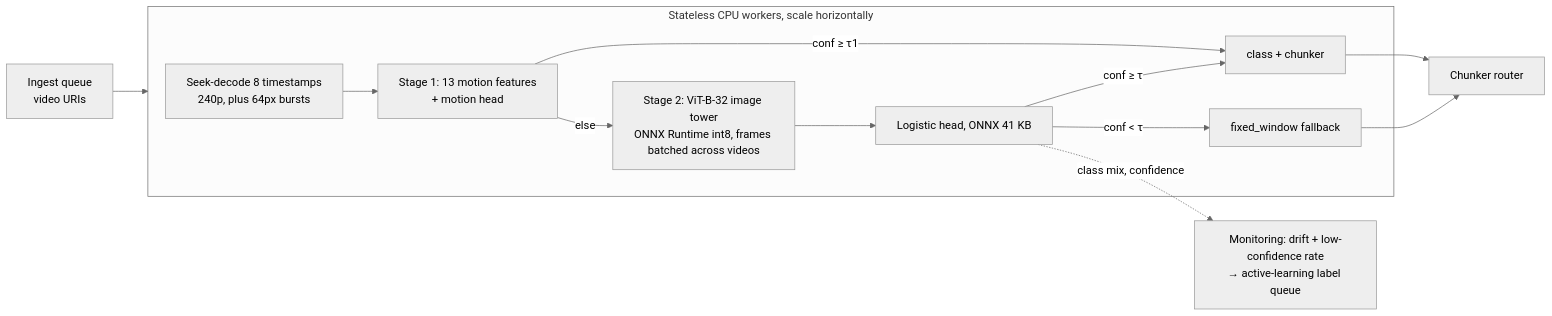
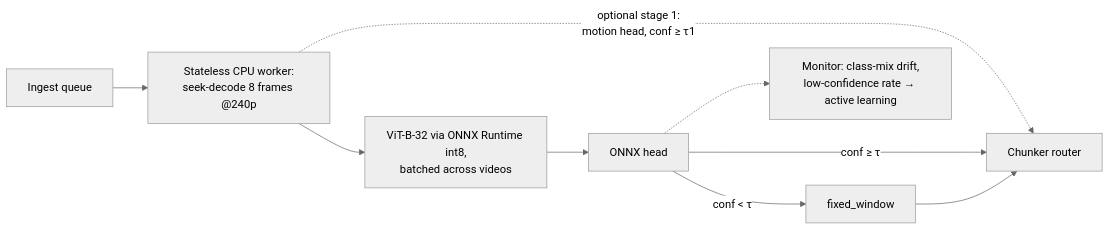
One commit to ain-problem-set/problem-1-1-video-classifier changed the diagram in docs/README.md. Above: the diagram before and after it, drawn with Mermaid (neutral theme). The commit also changed other lines of this file, not shown here.

````diff
--- a/docs/README.md
+++ b/docs/README.md
@@ -114,15 +63,9 @@
 ```mermaid
 flowchart LR
-  Q[Ingest queue<br/>video URIs] --> W
-  subgraph W[Stateless CPU workers, scale horizontally]
-    D[Seek-decode 8 timestamps<br/>240p, plus 64px bursts] --> S1[Stage 1: 13 motion features<br/>+ motion head]
-    S1 -- "conf ≥ τ1" --> OUT
-    S1 -- "else" --> S2[Stage 2: ViT-B-32 image tower<br/>ONNX Runtime int8, frames batched across videos]
-    S2 --> H[Logistic head, ONNX 41 KB]
-    H -- "conf ≥ τ" --> OUT[class + chunker]
-    H -- "conf < τ" --> FB[fixed_window fallback]
-  end
-  OUT --> R[Chunker router]
-  FB --> R
-  H -. class mix, confidence .-> MON[Monitoring: drift + low-confidence rate<br/>→ active-learning label queue]
+  Q[Ingest queue] --> D[Stateless CPU worker:<br/>seek-decode 8 frames @240p]
+  D -. optional stage 1:<br/>motion head, conf ≥ τ1 .-> R
+  D --> E[ViT-B-32 via ONNX Runtime int8,<br/>batched across videos] --> H[ONNX head]
+  H -- conf ≥ τ --> R[Chunker router]
+  H -- conf < τ --> F[fixed_window] --> R
+  H -.-> M[Monitor: class-mix drift,<br/>low-confidence rate → active learning]
 ```
````
